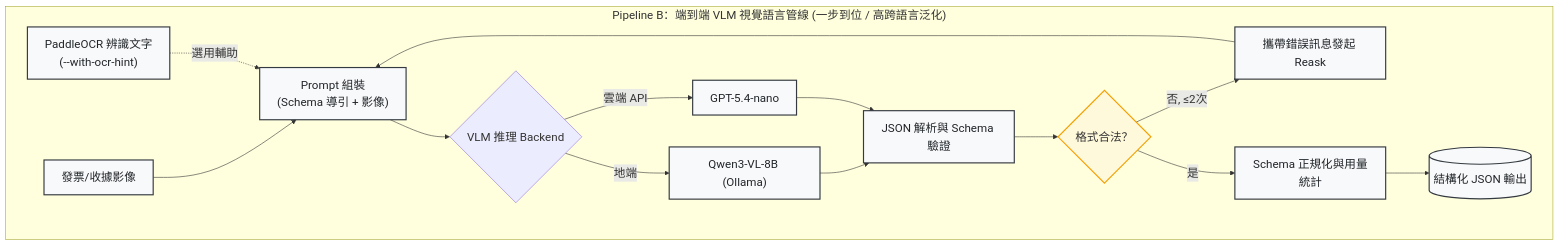
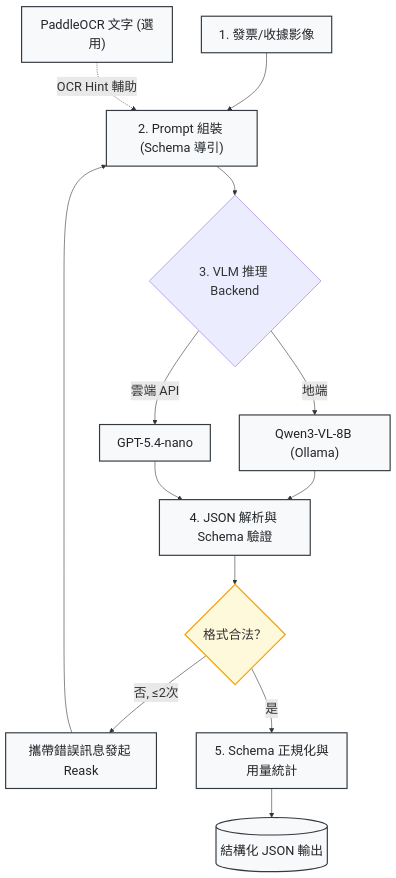
One commit to kuotunyu/receipt-ocr-vlm-benchmark changed the second of 3 diagrams in README.md. Above: the diagram before and after it, drawn with Mermaid. The commit also changed other lines of this file, not shown here.

Commit message:
docs: optimize Pipeline A and B into 22px true-size vertical flowcharts for max readability

````diff
--- a/README.md
+++ b/README.md
@@ -55,21 +52,19 @@
 ```mermaid
-%%{init: {'themeVariables': {'fontSize': '20px'}}}%%
+%%{init: {'themeVariables': {'fontSize': '22px'}}}%%
 flowchart TD
-    subgraph TrackB ["Pipeline B：端到端 VLM 視覺語言管線 (一步到位 / 高跨語言泛化)"]
-        B1["發票/收據影像"] --> B2["Prompt 組裝<br/>(Schema 導引 + 影像)"]
-        B3["PaddleOCR 辨識文字<br/>(--with-ocr-hint)"] -.->|選用輔助| B2
-        B2 --> B4{"VLM 推理 Backend"}
-        B4 -->|地端| B5["Qwen3-VL-8B (Ollama)"]
-        B4 -->|雲端 API| B6["GPT-5.4-nano"]
-        B5 & B6 --> B7["JSON 解析與 Schema 驗證"]
-        B7 --> B8{"格式合法？"}
-        B8 -->|否, ≤2次| B9["攜帶錯誤訊息發起 Reask"]
-        B9 --> B2
-        B8 -->|是| B10["Schema 正規化與用量統計"]
-        B10 --> B11[("結構化 JSON 輸出")]
-    end
+    B1["1. 發票/收據影像"] --> B2["2. Prompt 組裝 (Schema 導引)"]
+    B3["PaddleOCR 文字 (選用)"] -.->|OCR Hint 輔助| B2
+    B2 --> B4{"3. VLM 推理 Backend"}
+    B4 -->|地端| B5["Qwen3-VL-8B (Ollama)"]
+    B4 -->|雲端 API| B6["GPT-5.4-nano"]
+    B5 & B6 --> B7["4. JSON 解析與 Schema 驗證"]
+    B7 --> B8{"格式合法？"}
+    B8 -->|否, ≤2次| B9["攜帶錯誤訊息發起 Reask"]
+    B9 --> B2
+    B8 -->|是| B10["5. Schema 正規化與用量統計"]
+    B10 --> B11[("結構化 JSON 輸出")]
 
     style B8 fill:#fff9db,stroke:#f59f00,stroke-width:2px
     classDef pipeB fill:#f8f9fa,stroke:#343a40,stroke-width:2px,color:#212529
     class B1,B2,B3,B5,B6,B7,B9,B10,B11 pipeB
 ```
````
